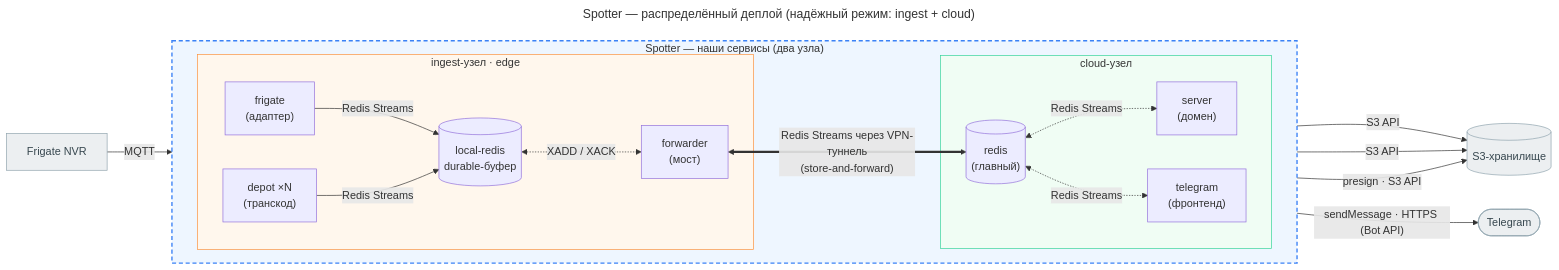
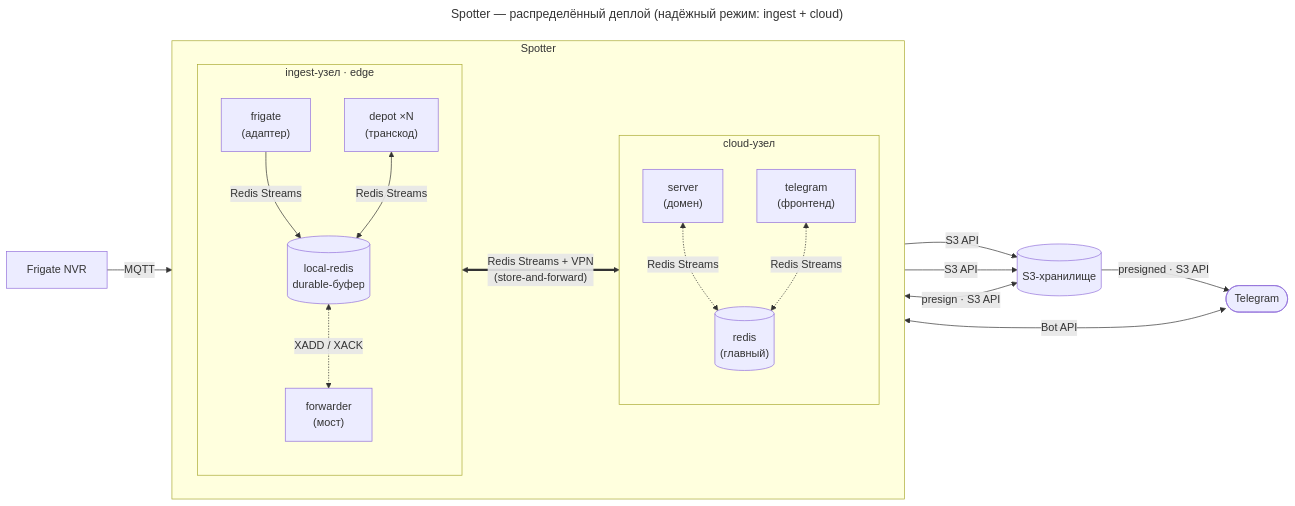
The second of 2 diagrams in README.md (MkSavin/spotter), drawn with Mermaid before and after one commit. The commit also changed other lines of this file, not shown here.

Commit message:
fix: Improved diagrams

````diff
--- a/README.md
+++ b/README.md
@@ -66,43 +65,43 @@
 ```mermaid
 ---
 title: "Spotter — распределённый деплой (надёжный режим: ingest + cloud)"
 ---
 flowchart LR
     Frigate["Frigate NVR"]
     TG(["Telegram"])
     S3[("S3-хранилище")]
 
-    subgraph app["Spotter — наши сервисы (два узла)"]
+    subgraph app["Spotter"]
         direction LR
         subgraph ingest["ingest-узел · edge"]
+            direction TB
             frigate["frigate<br/>(адаптер)"]
             depot["depot ×N<br/>(транскод)"]
             lredis[("local-redis<br/>durable-буфер")]
             forwarder["forwarder<br/>(мост)"]
         end
         subgraph cloud["cloud-узел"]
+            direction TB
             rredis[("redis<br/>(главный)")]
             server["server<br/>(домен)"]
             telegram["telegram<br/>(фронтенд)"]
         end
     end
 
     Frigate -- "MQTT" --> frigate
+    TG <-- "Bot API" --> telegram
+
     frigate -- "Redis Streams" --> lredis
-    depot -- "Redis Streams" --> lredis
+    server <-. "Redis Streams" .-> rredis
+    depot <-- "Redis Streams" --> lredis
     lredis <-. "XADD / XACK" .-> forwarder
-    forwarder <== "Redis Streams через VPN-туннель<br/>(store-and-forward)" ==> rredis
-    rredis <-. "Redis Streams" .-> server
-    rredis <-. "Redis Streams" .-> telegram
+    forwarder <== "Redis Streams + VPN<br/>(store-and-forward)" ==> rredis
+    telegram <-. "Redis Streams" .-> rredis
 
     frigate -- "S3 API" --> S3
     depot -- "S3 API" --> S3
-    telegram -- "presign · S3 API" --> S3
-    telegram -- "sendMessage · HTTPS (Bot API)" --> TG
+    telegram <-- "presign · S3 API" --> S3
+    S3 -- "presigned · S3 API" --> TG
 
-    classDef ext fill:#eceff1,stroke:#90a4ae,color:#37474f
     class Frigate,TG,S3 ext
-    style app fill:#eef6ff,stroke:#3b82f6,stroke-width:2px,stroke-dasharray:6 4
-    style ingest fill:#fff7ed,stroke:#fb923c
-    style cloud fill:#f0fdf4,stroke:#34d399
 ```
````
